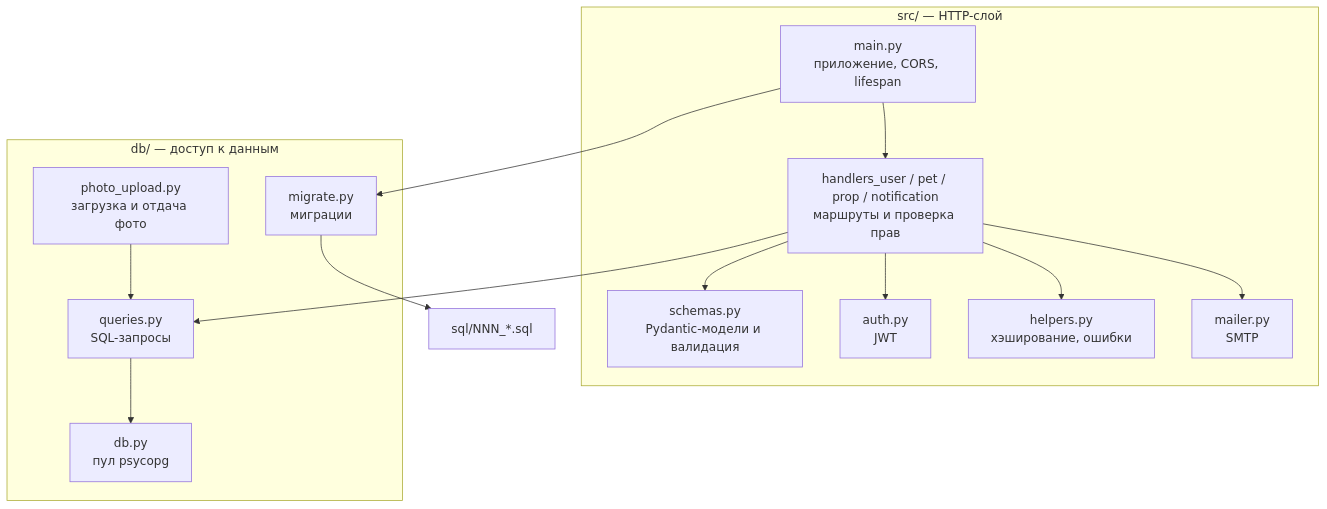
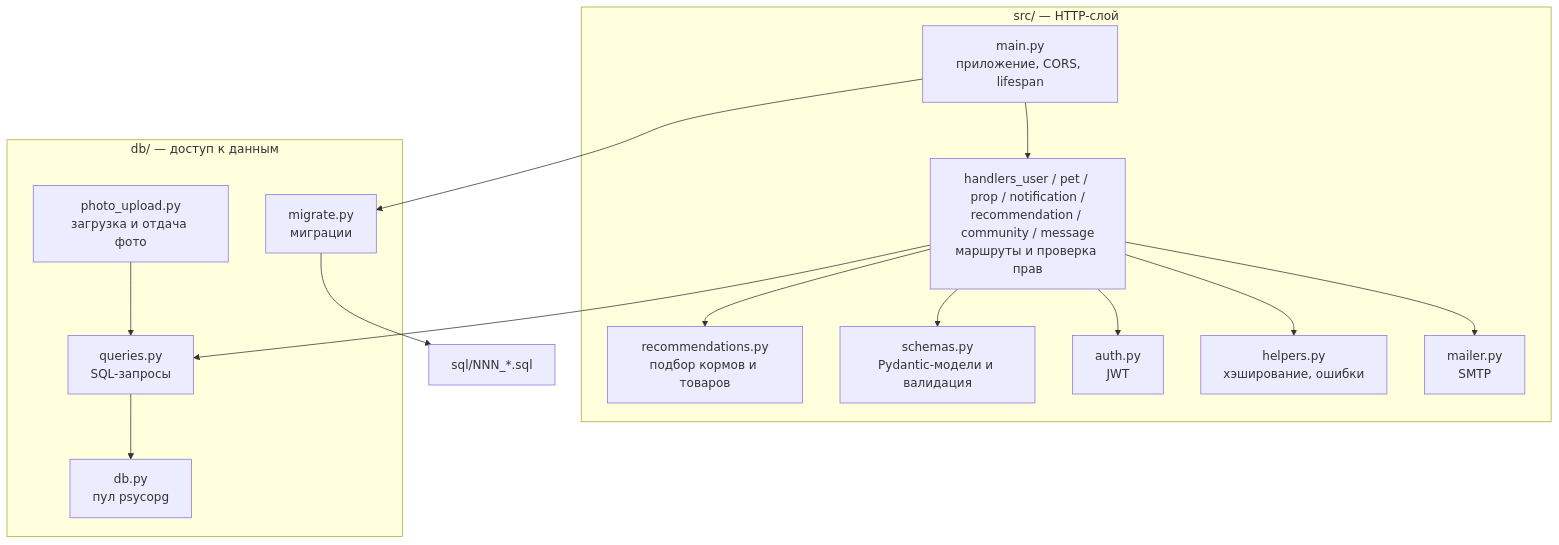
One commit to sigizmund993/prod-petCare changed the second of 7 diagrams in ARCHITECTURE.md. Above: the diagram before and after it, drawn with Mermaid. The commit also changed other lines of this file and 27 other files, not shown here.

````diff
--- a/ARCHITECTURE.md
+++ b/ARCHITECTURE.md
@@ -85,29 +87,31 @@
 ```mermaid
 flowchart TB
     subgraph src["src/ — HTTP-слой"]
         main["main.py<br/>приложение, CORS, lifespan"]
-        handlers["handlers_user / pet / prop / notification<br/>маршруты и проверка прав"]
+        handlers["handlers_user / pet / prop / notification /<br/>recommendation / community / message<br/>маршруты и проверка прав"]
+        reco["recommendations.py<br/>подбор кормов и товаров"]
         schemas["schemas.py<br/>Pydantic-модели и валидация"]
         auth["auth.py<br/>JWT"]
         helpers["helpers.py<br/>хэширование, ошибки"]
         mailer["mailer.py<br/>SMTP"]
     end
     subgraph db["db/ — доступ к данным"]
         queries["queries.py<br/>SQL-запросы"]
         photo["photo_upload.py<br/>загрузка и отдача фото"]
         pool["db.py<br/>пул psycopg"]
         migrate["migrate.py<br/>миграции"]
     end
     sql["sql/NNN_*.sql"]
 
     main --> handlers
     handlers --> schemas
     handlers --> auth
     handlers --> helpers
     handlers --> mailer
     handlers --> queries
+    handlers --> reco
     photo --> queries
     queries --> pool
     main --> migrate
     migrate --> sql
 ```
````
